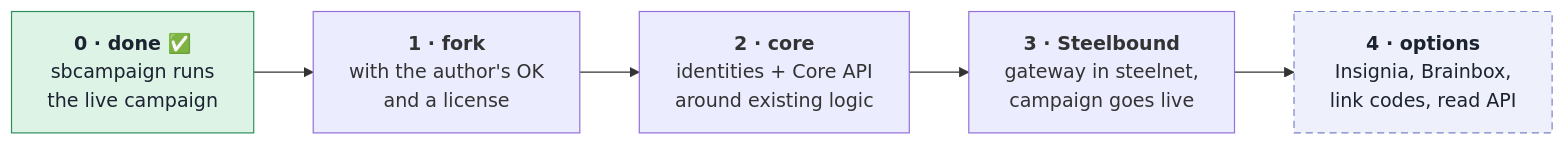
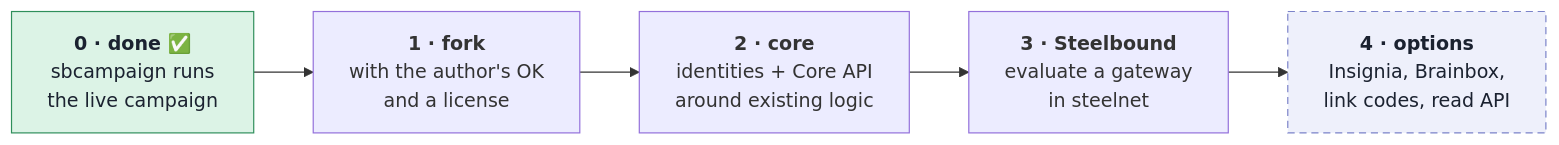
The first of 5 diagrams in docs/concept.md (Greevee-Lab/steelcore), drawn with Mermaid before and after one commit. The commit also changed other lines of this file and 7 other files, not shown here.

````diff
--- a/docs/concept.md
+++ b/docs/concept.md
@@ -62,13 +62,13 @@
 ```mermaid
 flowchart LR
     P0["<b>0 · done ✅</b><br/>sbcampaign runs<br/>the live campaign"]
     P1["<b>1 · fork</b><br/>with the author's OK<br/>and a license"]
     P2["<b>2 · core</b><br/>identities + Core API<br/>around existing logic"]
-    P3["<b>3 · Steelbound</b><br/>gateway in steelnet,<br/>campaign goes live"]
+    P3["<b>3 · Steelbound</b><br/>evaluate a gateway<br/>in steelnet"]
     P4["<b>4 · options</b><br/>Insignia, Brainbox,<br/>link codes, read API"]
     P0 --> P1 --> P2 --> P3 --> P4
     classDef done fill:#dcf3e6,stroke:#2f8f5b,color:#1b2230
     classDef option fill:#eef0fb,stroke:#7b83c9,stroke-dasharray:6 4,color:#1b2230
     class P0 done
     class P4 option
 ```
````
